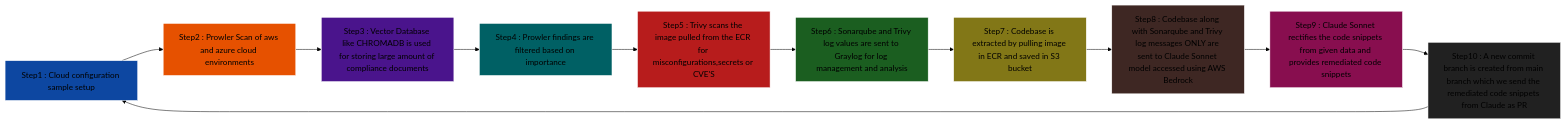
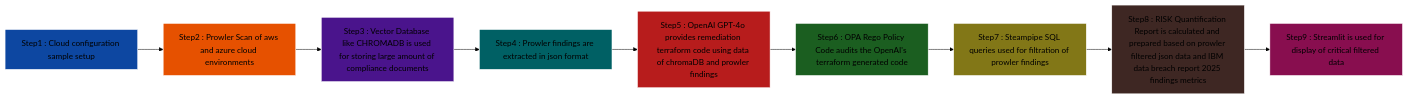
Before and after one commit to devjoshi2005/Grc-Compliance-Engine: the diagram in technicalreport.md, drawn with Mermaid (forest theme).

````diff
--- a/technicalreport.md
+++ b/technicalreport.md
@@ -14,26 +14,24 @@
 ```mermaid
 flowchart LR
     A[Step1 : Cloud configuration sample setup]:::code --> B[Step2 : Prowler Scan of aws and azure cloud environments]:::zap
     B --> C[Step3 : Vector Database like CHROMADB is used for storing large amount of compliance documents]:::sonar
-    C --> D[Step4 : Prowler findings are filtered based on importance]:::docker
-    D --> E[Step5 : Trivy scans the image pulled from the ECR for misconfigurations,secrets or CVE'S ]:::trivy
-    E --> F[Step6 : Sonarqube and Trivy log values are sent to Graylog for log management and analysis ]:::graylog
-    F --> G[Step7 : Codebase is extracted by pulling image in ECR and saved in S3 bucket]:::s3
-    G --> H[Step8 : Codebase along with Sonarqube and Trivy log messages ONLY are sent to Claude Sonnet model accessed using AWS Bedrock]:::bedrock
-    H --> I[Step9 : Claude Sonnet rectifies the code snippets from given data and provides remediated code snippets]:::ai
-    I --> J[Step10 : A new commit branch is created from main branch which we send the remediated code snippets from Claude as PR]:::pr
-    J --> A
+    C --> D[Step4 : Prowler findings are extracted in json format]:::docker
+    D --> E[Step5 : OpenAI GPT-4o provides remediation terraform code using data of chromaDB and prowler findings]:::trivy
+    E --> F[Step6 : OPA Rego Policy Code audits the OpenAI's terraform generated code]:::graylog
+    F --> G[Step7 : Steampipe SQL queries used for filtration of prowler findings]:::s3
+    G --> H[Step8 : RISK Quantification Report is calculated and prepared based on prowler filtered json data and IBM data breach report 2025 findings metrics]:::bedrock
+    H --> I[Step9 : Streamlit is used for display of critical filtered data]:::ai
+    
 
     %% --- Darker fills with white text for readability ---
     classDef code fill:#0d47a1,stroke:#ffffff,color:#ffffff;      %% Dark blue
     classDef zap fill:#e65100,stroke:#ffffff,color:#ffffff;       %% Dark orange
     classDef sonar fill:#4a148c,stroke:#ffffff,color:#ffffff;     %% Deep purple
     classDef docker fill:#006064,stroke:#ffffff,color:#ffffff;    %% Teal
     classDef trivy fill:#b71c1c,stroke:#ffffff,color:#ffffff;     %% Dark red
     classDef graylog fill:#1b5e20,stroke:#ffffff,color:#ffffff;   %% Dark green
     classDef s3 fill:#827717,stroke:#ffffff,color:#ffffff;        %% Olive
     classDef bedrock fill:#3e2723,stroke:#ffffff,color:#ffffff;   %% Dark brown
     classDef ai fill:#880e4f,stroke:#ffffff,color:#ffffff;        %% Dark pink
-    classDef pr fill:#212121,stroke:#ffffff,color:#ffffff;        %% Dark gray
 
 ```
````
